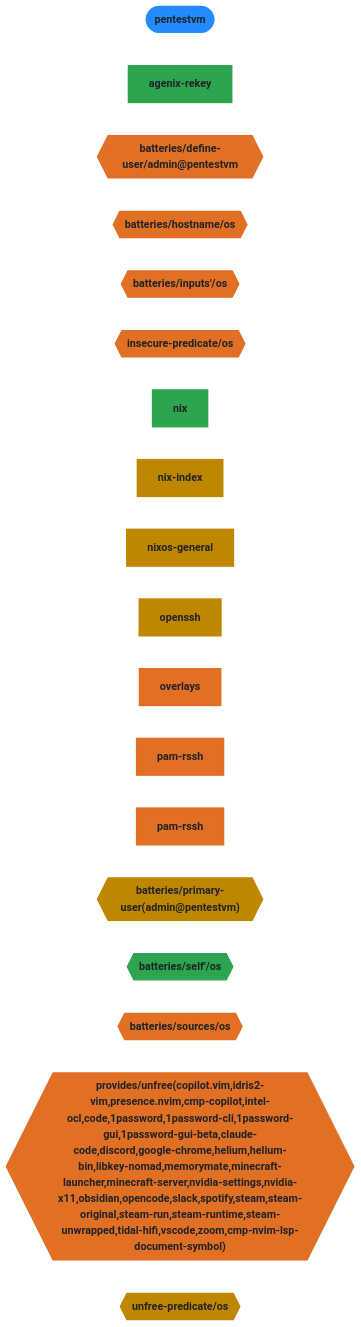
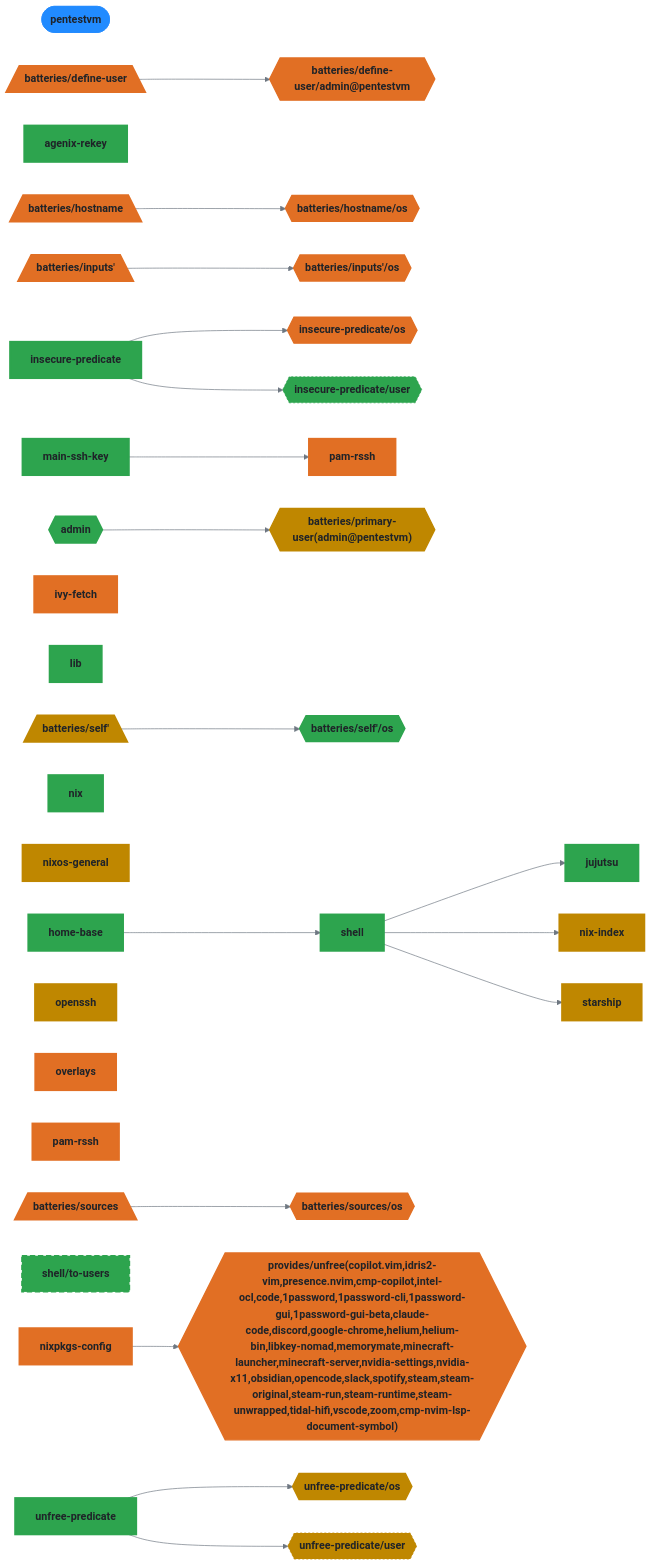
One commit to auscyber/dotfiles changed the sixth of 9 diagrams in README.md. Above: the diagram before and after it, drawn with Mermaid. The commit also changed other lines of this file and 1 other file, not shown here.

````diff
--- a/README.md
+++ b/README.md
@@ -400,42 +910,96 @@
 %%{init: {"theme":"base","themeVariables":{"activationBkgColor":"#d0d7de","activationBorderColor":"#8c959f","actorBkg":"#d0d7de","actorBorder":"#6e7781","actorLineColor":"#6e7781","actorTextColor":"#424a53","background":"#eaeef2","classText":"#424a53","clusterBkg":"#d0d7de","clusterBorder":"#8c959f","edgeLabelBackground":"#eaeef2","labelBoxBkgColor":"#d0d7de","labelBoxBorderColor":"#6e7781","labelTextColor":"#424a53","lineColor":"#6e7781","loopTextColor":"#424a53","mainBkg":"#d0d7de","nodeBkg":"#d0d7de","nodeBorder":"#6e7781","nodeTextColor":"#424a53","noteBkgColor":"#d0d7de","noteBorderColor":"#8c959f","noteTextColor":"#424a53","pie1":"#fa4549","pie2":"#e16f24","pie3":"#bf8700","pie4":"#2da44e","pie5":"#339D9B","pie6":"#218bff","pie7":"#a475f9","pie8":"#4d2d00","pieLegendTextColor":"#424a53","pieOuterStrokeColor":"#8c959f","pieSectionTextColor":"#424a53","pieStrokeColor":"#8c959f","pieTitleTextColor":"#424a53","primaryBorderColor":"#6e7781","primaryColor":"#d0d7de","primaryTextColor":"#424a53","secondBkg":"#d0d7de","secondaryBorderColor":"#8c959f","secondaryColor":"#d0d7de","secondaryTextColor":"#424a53","sequenceNumberColor":"#eaeef2","signalColor":"#6e7781","signalTextColor":"#424a53","tertiaryBorderColor":"#8c959f","tertiaryColor":"#d0d7de","tertiaryTextColor":"#424a53","textColor":"#424a53","titleColor":"#424a53"}}}%%
 graph LR
   pentestvm([pentestvm]):::root
+  admin{{"admin"}}:::admin_c
   agenix_rekey["agenix-rekey"]:::agenix_rekey_c
+  den__batteries__define_user[/"batteries/define-user"\]:::den__batteries__define_user_c
   den__batteries__define_user__admin_pentestvm{{"batteries/define-user/admin@pentestvm"}}:::den__batteries__define_user__admin_pentestvm_c
+  home_base["home-base"]:::home_base_c
+  den__batteries__hostname[/"batteries/hostname"\]:::den__batteries__hostname_c
   den__batteries__hostname__os{{"batteries/hostname/os"}}:::den__batteries__hostname__os_c
+  den__batteries__inputs_[/"batteries/inputs'"\]:::den__batteries__inputs__c
   den__batteries__inputs___os{{"batteries/inputs'/os"}}:::den__batteries__inputs___os_c
+  insecure_predicate["insecure-predicate"]:::insecure_predicate_c
   insecure_predicate__os{{"insecure-predicate/os"}}:::insecure_predicate__os_c
+  insecure_predicate__user{{"insecure-predicate/user"}}:::insecure_predicate__user_c
+  ivy_fetch["ivy-fetch"]:::ivy_fetch_c
+  jujutsu["jujutsu"]:::jujutsu_c
+  lib["lib"]:::lib_c
+  main_ssh_key["main-ssh-key"]:::main_ssh_key_c
   nix["nix"]:::nix_c
   nix_index["nix-index"]:::nix_index_c
   nixos_general["nixos-general"]:::nixos_general_c
+  nixpkgs_config_host_pentestvm["nixpkgs-config"]:::nixpkgs_config_host_pentestvm_c
   openssh["openssh"]:::openssh_c
   overlays["overlays"]:::overlays_c
   pam_rssh_host_pentestvm["pam-rssh"]:::pam_rssh_host_pentestvm_c
   pam_rssh_user_admin["pam-rssh"]:::pam_rssh_user_admin_c
   den__batteries__primary_user_admin_pentestvm_{{"batteries/primary-user(admin@pentestvm)"}}:::den__batteries__primary_user_admin_pentestvm__c
+  den__batteries__self_[/"batteries/self'"\]:::den__batteries__self__c
   den__batteries__self___os{{"batteries/self'/os"}}:::den__batteries__self___os_c
+  shell["shell"]:::shell_c
+  shell__to_users["shell/to-users"]:::shell__to_users_c
+  den__batteries__sources[/"batteries/sources"\]:::den__batteries__sources_c
   den__batteries__sources__os{{"batteries/sources/os"}}:::den__batteries__sources__os_c
+  starship["starship"]:::starship_c
   den__provides__unfree_copilot_vim_idris2_vim_presence_nvim_cmp_copilot_intel_ocl_code_1password_1password_cli_1password_gui_1password_gui_beta_claude_code_discord_google_chrome_helium_helium_bin_libkey_nomad_memorymate_minecraft_launcher_minecraft_server_nvidia_settings_nvidia_x11_obsidian_opencode_slack_spotify_steam_steam_original_steam_run_steam_runtime_steam_unwrapped_tidal_hifi_vscode_zoom_cmp_nvim_lsp_document_symbol_{{"provides/unfree(copilot.vim,idris2-vim,presence.nvim,cmp-copilot,intel-ocl,code,1password,1password-cli,1password-gui,1password-gui-beta,claude-code,discord,google-chrome,helium,helium-bin,libkey-nomad,memorymate,minecraft-launcher,minecraft-server,nvidia-settings,nvidia-x11,obsidian,opencode,slack,spotify,steam,steam-original,steam-run,steam-runtime,steam-unwrapped,tidal-hifi,vscode,zoom,cmp-nvim-lsp-document-symbol)"}}:::den__provides__unfree_copilot_vim_idris2_vim_presence_nvim_cmp_copilot_intel_ocl_code_1password_1password_cli_1password_gui_1password_gui_beta_claude_code_discord_google_chrome_helium_helium_bin_libkey_nomad_memorymate_minecraft_launcher_minecraft_server_nvidia_settings_nvidia_x11_obsidian_opencode_slack_spotify_steam_steam_original_steam_run_steam_runtime_steam_unwrapped_tidal_hifi_vscode_zoom_cmp_nvim_lsp_document_symbol__c
+  unfree_predicate["unfree-predicate"]:::unfree_predicate_c
   unfree_predicate__os{{"unfree-predicate/os"}}:::unfree_predicate__os_c
+  unfree_predicate__user{{"unfree-predicate/user"}}:::unfree_predicate__user_c
 
+  admin --> den__batteries__primary_user_admin_pentestvm_
+  den__batteries__define_user --> den__batteries__define_user__admin_pentestvm
+  den__batteries__hostname --> den__batteries__hostname__os
+  den__batteries__inputs_ --> den__batteries__inputs___os
+  den__batteries__self_ --> den__batteries__self___os
+  den__batteries__sources --> den__batteries__sources__os
+  home_base --> shell
+  insecure_predicate --> insecure_predicate__os
+  insecure_predicate --> insecure_predicate__user
+  main_ssh_key --> pam_rssh_user_admin
+  nixpkgs_config_host_pentestvm --> den__provides__unfree_copilot_vim_idris2_vim_presence_nvim_cmp_copilot_intel_ocl_code_1password_1password_cli_1password_gui_1password_gui_beta_claude_code_discord_google_chrome_helium_helium_bin_libkey_nomad_memorymate_minecraft_launcher_minecraft_server_nvidia_settings_nvidia_x11_obsidian_opencode_slack_spotify_steam_steam_original_steam_run_steam_runtime_steam_unwrapped_tidal_hifi_vscode_zoom_cmp_nvim_lsp_document_symbol_
+  shell --> jujutsu
+  shell --> nix_index
+  shell --> starship
+  unfree_predicate --> unfree_predicate__os
+  unfree_predicate --> unfree_predicate__user
 
   classDef root fill:#218bff,stroke:#218bff,color:#1f2328,font-weight:bold
+  classDef admin_c fill:#2da44e,stroke:#2da44e,color:#1f2328,stroke-width:3px
   classDef agenix_rekey_c fill:#2da44e,stroke:#2da44e,color:#1f2328,stroke-width:3px
+  classDef den__batteries__define_user_c fill:#e16f24,stroke:#e16f24,color:#1f2328,stroke-width:3px
   classDef den__batteries__define_user__admin_pentestvm_c fill:#e16f24,stroke:#e16f24,color:#1f2328,stroke-width:2px
+  classDef home_base_c fill:#2da44e,stroke:#2da44e,color:#1f2328,stroke-width:3px
+  classDef den__batteries__hostname_c fill:#e16f24,stroke:#e16f24,color:#1f2328,stroke-width:3px
   classDef den__batteries__hostname__os_c fill:#e16f24,stroke:#e16f24,color:#1f2328,stroke-width:2px
+  classDef den__batteries__inputs__c fill:#e16f24,stroke:#e16f24,color:#1f2328,stroke-width:3px
   classDef den__batteries__inputs___os_c fill:#e16f24,stroke:#e16f24,color:#1f2328,stroke-width:2px
+  classDef insecure_predicate_c fill:#2da44e,stroke:#2da44e,color:#1f2328,stroke-width:3px
   classDef insecure_predicate__os_c fill:#e16f24,stroke:#e16f24,color:#1f2328,stroke-width:2px
+  classDef insecure_predicate__user_c fill:#2da44e,stroke:#2da44e,color:#1f2328,stroke-dasharray: 3 3,stroke-width:1px
+  classDef ivy_fetch_c fill:#e16f24,stroke:#e16f24,color:#1f2328,stroke-width:3px
+  classDef jujutsu_c fill:#2da44e,stroke:#2da44e,color:#1f2328,stroke-width:3px
+  classDef lib_c fill:#2da44e,stroke:#2da44e,color:#1f2328,stroke-width:3px
+  classDef main_ssh_key_c fill:#2da44e,stroke:#2da44e,color:#1f2328,stroke-width:3px
   classDef nix_c fill:#2da44e,stroke:#2da44e,color:#1f2328,stroke-width:3px
   classDef nix_index_c fill:#bf8700,stroke:#bf8700,color:#1f2328,stroke-width:3px
   classDef nixos_general_c fill:#bf8700,stroke:#bf8700,color:#1f2328,stroke-width:3px
+  classDef nixpkgs_config_host_pentestvm_c fill:#e16f24,stroke:#e16f24,color:#1f2328,stroke-width:3px
   classDef openssh_c fill:#bf8700,stroke:#bf8700,color:#1f2328,stroke-width:3px
   classDef overlays_c fill:#e16f24,stroke:#e16f24,color:#1f2328,stroke-width:3px
   classDef pam_rssh_host_pentestvm_c fill:#e16f24,stroke:#e16f24,color:#1f2328,stroke-width:3px
   classDef pam_rssh_user_admin_c fill:#e16f24,stroke:#e16f24,color:#1f2328,stroke-width:3px
   classDef pentestvm_c fill:#2da44e,stroke:#2da44e,color:#1f2328,stroke-width:3px
   classDef den__batteries__primary_user_admin_pentestvm__c fill:#bf8700,stroke:#bf8700,color:#1f2328,stroke-width:2px
+  classDef den__batteries__self__c fill:#bf8700,stroke:#bf8700,color:#1f2328,stroke-width:3px
   classDef den__batteries__self___os_c fill:#2da44e,stroke:#2da44e,color:#1f2328,stroke-width:2px
+  classDef shell_c fill:#2da44e,stroke:#2da44e,color:#1f2328,stroke-width:3px
+  classDef shell__to_users_c fill:#2da44e,stroke:#2da44e,color:#1f2328,stroke-width:2px,stroke-dasharray: 8 4
+  classDef den__batteries__sources_c fill:#e16f24,stroke:#e16f24,color:#1f2328,stroke-width:3px
   classDef den__batteries__sources__os_c fill:#e16f24,stroke:#e16f24,color:#1f2328,stroke-width:2px
+  classDef starship_c fill:#bf8700,stroke:#bf8700,color:#1f2328,stroke-width:3px
   classDef den__provides__unfree_copilot_vim_idris2_vim_presence_nvim_cmp_copilot_intel_ocl_code_1password_1password_cli_1password_gui_1password_gui_beta_claude_code_discord_google_chrome_helium_helium_bin_libkey_nomad_memorymate_minecraft_launcher_minecraft_server_nvidia_settings_nvidia_x11_obsidian_opencode_slack_spotify_steam_steam_original_steam_run_steam_runtime_steam_unwrapped_tidal_hifi_vscode_zoom_cmp_nvim_lsp_document_symbol__c fill:#e16f24,stroke:#e16f24,color:#1f2328,stroke-width:2px
+  classDef unfree_predicate_c fill:#2da44e,stroke:#2da44e,color:#1f2328,stroke-width:3px
   classDef unfree_predicate__os_c fill:#bf8700,stroke:#bf8700,color:#1f2328,stroke-width:2px
+  classDef unfree_predicate__user_c fill:#bf8700,stroke:#bf8700,color:#1f2328,stroke-dasharray: 3 3,stroke-width:1px
 ```
````
